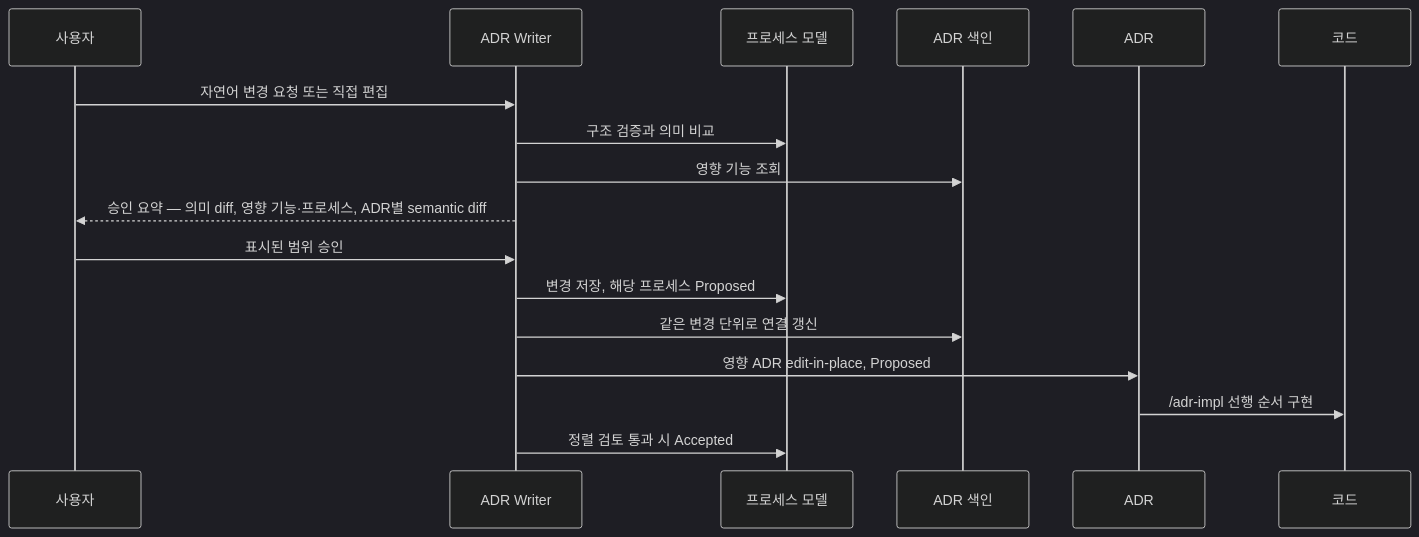
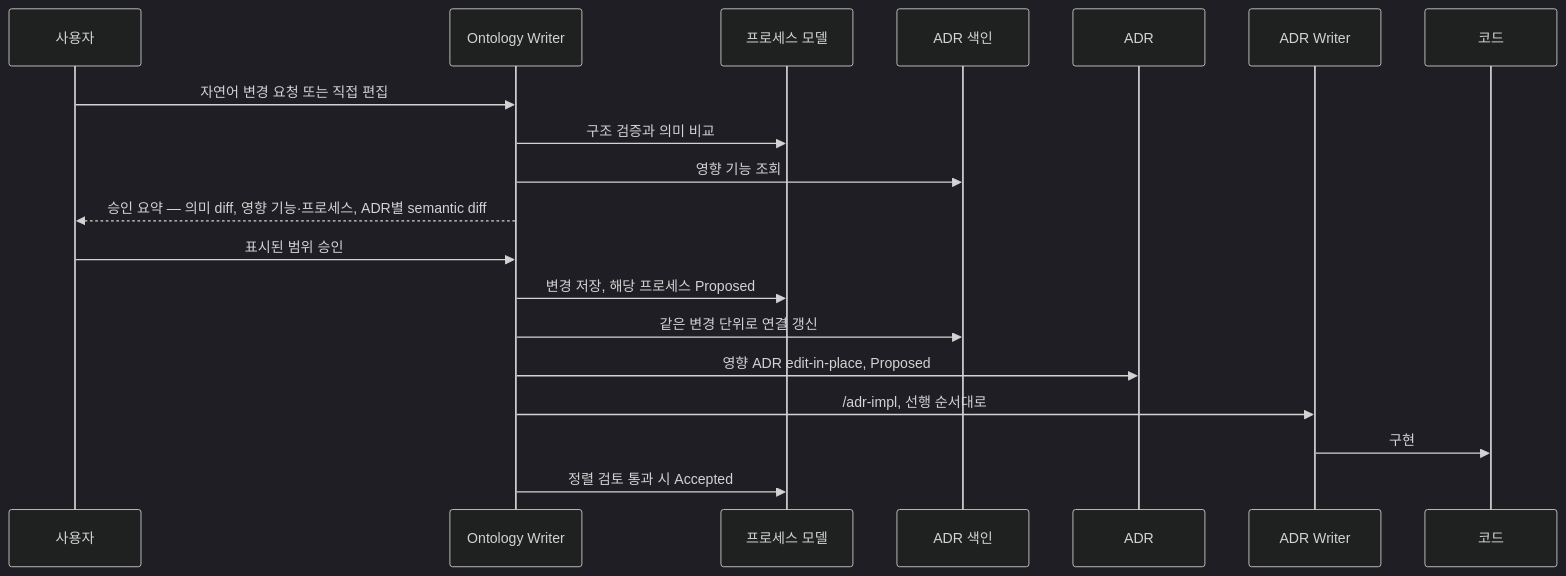
Before and after one commit to haandol/alps-writer-plugins: the second of 2 diagrams in docs/adr/process-modeling/0003-govern-process-model-lifecycle-and-cascade.md, drawn with Mermaid (dark theme). The commit also changed other lines of this file and 153 other files, not shown here.

````diff
--- a/docs/adr/process-modeling/0003-govern-process-model-lifecycle-and-cascade.md
+++ b/docs/adr/process-modeling/0003-govern-process-model-lifecycle-and-cascade.md
@@ -82,19 +84,21 @@
 ```mermaid
 sequenceDiagram
     participant U as 사용자
-    participant W as ADR Writer
+    participant W as Ontology Writer
     participant P as 프로세스 모델
     participant I as ADR 색인
     participant A as ADR
+    participant D as ADR Writer
     participant C as 코드
     U->>W: 자연어 변경 요청 또는 직접 편집
     W->>P: 구조 검증과 의미 비교
     W->>I: 영향 기능 조회
     W-->>U: 승인 요약 — 의미 diff, 영향 기능·프로세스, ADR별 semantic diff
     U->>W: 표시된 범위 승인
     W->>P: 변경 저장, 해당 프로세스 Proposed
     W->>I: 같은 변경 단위로 연결 갱신
     W->>A: 영향 ADR edit-in-place, Proposed
-    A->>C: /adr-impl 선행 순서 구현
+    W->>D: /adr-impl, 선행 순서대로
+    D->>C: 구현
     W->>P: 정렬 검토 통과 시 Accepted
 ```
````
